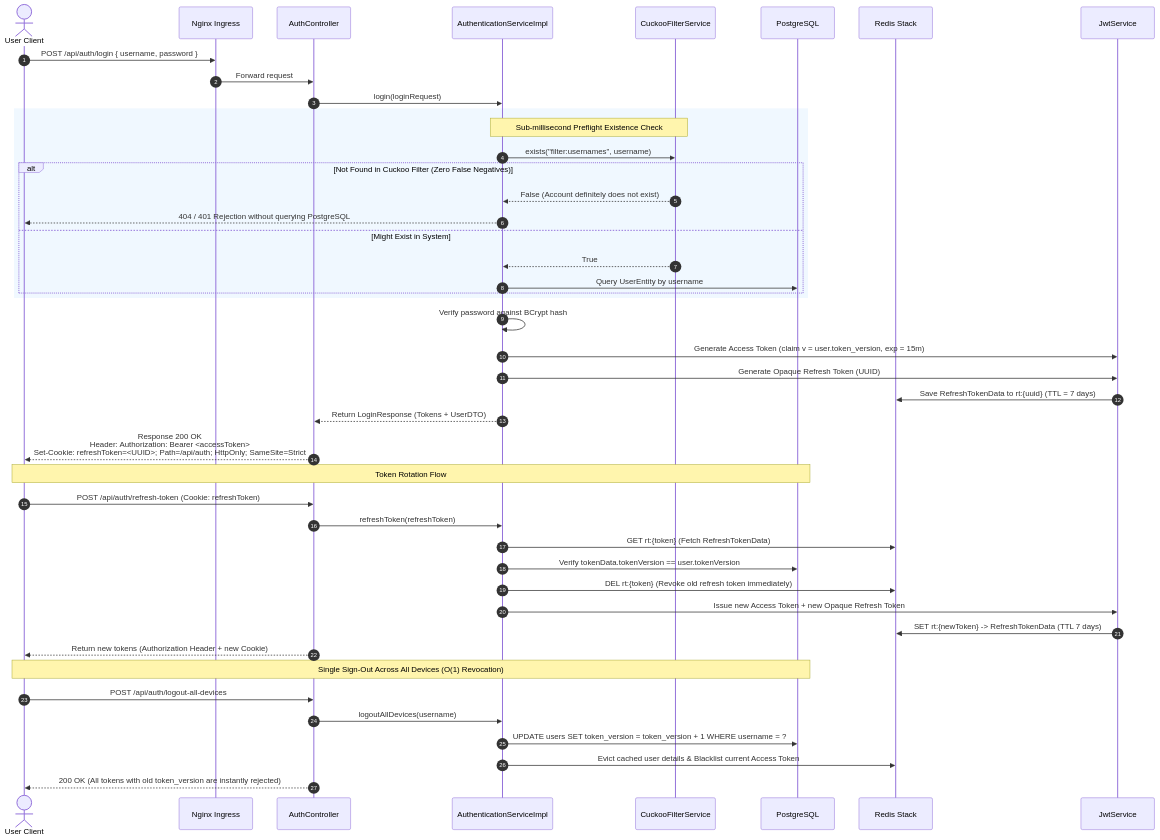
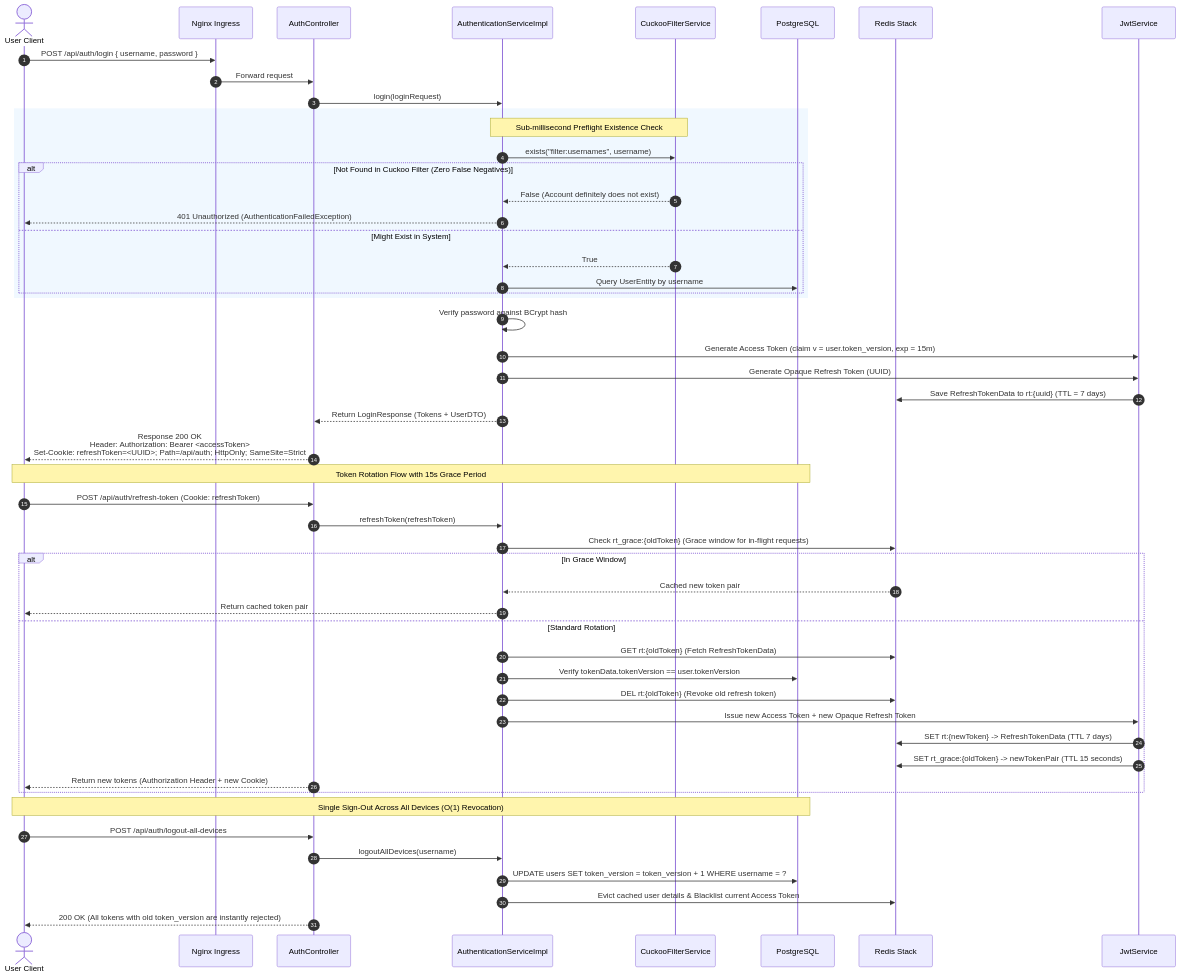
The second of 6 diagrams in docs/architecture/03-sequence-diagrams.md (phwkha/ChatWeb-RealTime), drawn with Mermaid before and after one commit. The commit also changed other lines of this file and 9 other files, not shown here.

First line of the commit message:
Enhance system architecture documentation and database design

````diff
--- a/docs/architecture/03-sequence-diagrams.md
+++ b/docs/architecture/03-sequence-diagrams.md
@@ -84,53 +86,60 @@
 ```mermaid
 sequenceDiagram
     autonumber
     actor User as User Client
     participant Nginx as Nginx Ingress
     participant AuthCtrl as AuthController
     participant AuthSvc as AuthenticationServiceImpl
     participant Cuckoo as CuckooFilterService
     participant DB as PostgreSQL
     participant Redis as Redis Stack
     participant JWT as JwtService
 
     User->>Nginx: POST /api/auth/login { username, password }
     Nginx->>AuthCtrl: Forward request
     AuthCtrl->>AuthSvc: login(loginRequest)
     
     rect rgb(240, 248, 255)
         note over AuthSvc, Cuckoo: Sub-millisecond Preflight Existence Check
         AuthSvc->>Cuckoo: exists("filter:usernames", username)
         alt Not Found in Cuckoo Filter (Zero False Negatives)
             Cuckoo-->>AuthSvc: False (Account definitely does not exist)
-            AuthSvc-->>User: 404 / 401 Rejection without querying PostgreSQL
+            AuthSvc-->>User: 401 Unauthorized (AuthenticationFailedException)
         else Might Exist in System
             Cuckoo-->>AuthSvc: True
             AuthSvc->>DB: Query UserEntity by username
         end
     end
 
     AuthSvc->>AuthSvc: Verify password against BCrypt hash
     AuthSvc->>JWT: Generate Access Token (claim v = user.token_version, exp = 15m)
     AuthSvc->>JWT: Generate Opaque Refresh Token (UUID)
     JWT->>Redis: Save RefreshTokenData to rt:{uuid} (TTL = 7 days)
     
     AuthSvc-->>AuthCtrl: Return LoginResponse (Tokens + UserDTO)
     AuthCtrl-->>User: Response 200 OK<br/>Header: Authorization: Bearer <accessToken><br/>Set-Cookie: refreshToken=<UUID>#59; Path=/api/auth#59; HttpOnly#59; SameSite=Strict
 
-    note over User, DB: Token Rotation Flow
+    note over User, DB: Token Rotation Flow with 15s Grace Period
     User->>AuthCtrl: POST /api/auth/refresh-token (Cookie: refreshToken)
     AuthCtrl->>AuthSvc: refreshToken(refreshToken)
-    AuthSvc->>Redis: GET rt:{token} (Fetch RefreshTokenData)
-    AuthSvc->>DB: Verify tokenData.tokenVersion == user.tokenVersion
-    AuthSvc->>Redis: DEL rt:{token} (Revoke old refresh token immediately)
-    AuthSvc->>JWT: Issue new Access Token + new Opaque Refresh Token
-    JWT->>Redis: SET rt:{newToken} -> RefreshTokenData (TTL 7 days)
-    AuthCtrl-->>User: Return new tokens (Authorization Header + new Cookie)
+    AuthSvc->>Redis: Check rt_grace:{oldToken} (Grace window for in-flight requests)
+    alt In Grace Window
+        Redis-->>AuthSvc: Cached new token pair
+        AuthSvc-->>User: Return cached token pair
+    else Standard Rotation
+        AuthSvc->>Redis: GET rt:{oldToken} (Fetch RefreshTokenData)
+        AuthSvc->>DB: Verify tokenData.tokenVersion == user.tokenVersion
+        AuthSvc->>Redis: DEL rt:{oldToken} (Revoke old refresh token)
+        AuthSvc->>JWT: Issue new Access Token + new Opaque Refresh Token
+        JWT->>Redis: SET rt:{newToken} -> RefreshTokenData (TTL 7 days)
+        JWT->>Redis: SET rt_grace:{oldToken} -> newTokenPair (TTL 15 seconds)
+        AuthCtrl-->>User: Return new tokens (Authorization Header + new Cookie)
+    end
 
     note over User, DB: Single Sign-Out Across All Devices (O(1) Revocation)
     User->>AuthCtrl: POST /api/auth/logout-all-devices
     AuthCtrl->>AuthSvc: logoutAllDevices(username)
     AuthSvc->>DB: UPDATE users SET token_version = token_version + 1 WHERE username = ?
     AuthSvc->>Redis: Evict cached user details & Blacklist current Access Token
     AuthCtrl-->>User: 200 OK (All tokens with old token_version are instantly rejected)
 ```
````
